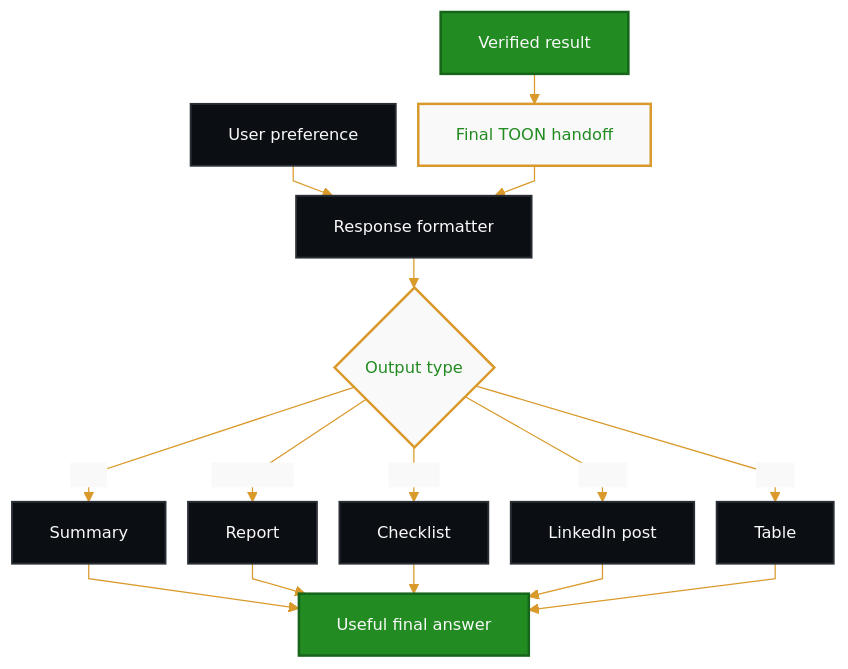
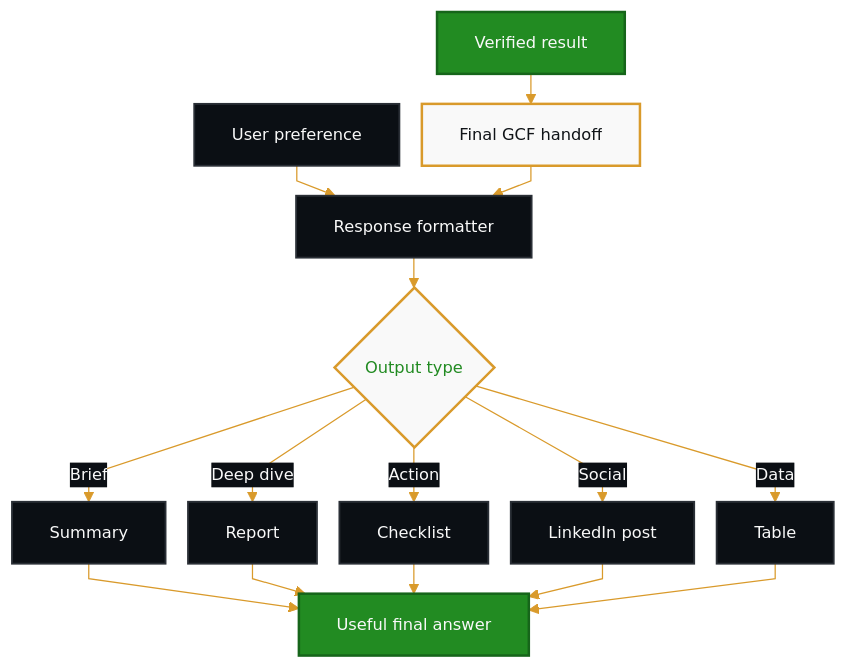
One commit to Hassaan146/agentic-ai-workflow changed the seventh of 10 diagrams in docs/diagrams.md. Above: the diagram before and after it, drawn with Mermaid. The commit also changed other lines of this file and 18 other files, not shown here.

````diff
--- a/docs/diagrams.md
+++ b/docs/diagrams.md
@@ -212,27 +213,28 @@
 ```mermaid
-%%{init: {'theme': 'base', 'flowchart': {'nodeSpacing': 18, 'rankSpacing': 24, 'curve': 'linear'}, 'themeVariables': {'fontSize': '13px', 'primaryColor': '#228B22', 'primaryTextColor': '#F9F9F9', 'primaryBorderColor': '#16651A', 'lineColor': '#D99A2B', 'secondaryColor': '#F9F9F9', 'secondaryTextColor': '#228B22', 'secondaryBorderColor': '#D99A2B', 'tertiaryColor': '#0B0F14', 'tertiaryTextColor': '#F9F9F9', 'tertiaryBorderColor': '#2A2F36', 'background': '#070B10', 'mainBkg': '#228B22', 'secondBkg': '#F9F9F9', 'textColor': '#F9F9F9', 'edgeLabelBackground': '#F9F9F9'}}}%%
+%%{init: {"theme":"base","flowchart":{"nodeSpacing":18,"rankSpacing":24,"curve":"linear"},"themeVariables":{"fontSize":"13px","background":"#070B10","primaryColor":"#228B22","primaryTextColor":"#F9F9F9","primaryBorderColor":"#16651A","secondaryColor":"#F9F9F9","secondaryTextColor":"#101418","secondaryBorderColor":"#D99A2B","tertiaryColor":"#0B0F14","tertiaryTextColor":"#F9F9F9","tertiaryBorderColor":"#2A2F36","lineColor":"#D99A2B","textColor":"#F9F9F9","edgeLabelBackground":"#0B0F14"}}}%%
 flowchart TD
-    A["Verified result"] --> B["Final TOON handoff"]
+    A["Verified result"] --> B["Final GCF handoff"]
     C["User preference"] --> D["Response formatter"]
     B --> D
     D --> E{"Output type"}
     E -->|Brief| F["Summary"]
     E -->|Deep dive| G["Report"]
     E -->|Action| H["Checklist"]
     E -->|Social| I["LinkedIn post"]
     E -->|Data| J["Table"]
     F --> K["Useful final answer"]
     G --> K
     H --> K
     I --> K
     J --> K
 
     classDef primary fill:#228B22,stroke:#16651A,color:#F9F9F9,stroke-width:2px;
     classDef dark fill:#0B0F14,stroke:#2A2F36,color:#F9F9F9,stroke-width:1.5px;
-    classDef toon fill:#F9F9F9,stroke:#D99A2B,color:#228B22,stroke-width:2px;
+    classDef gcf fill:#F9F9F9,stroke:#D99A2B,color:#101418,stroke-width:2px;
     classDef decision fill:#F9F9F9,stroke:#D99A2B,color:#228B22,stroke-width:2px;
+
     class A,K primary;
-    class B toon;
+    class B gcf;
     class C,D,F,G,H,I,J dark;
     class E decision;
 ```
````
